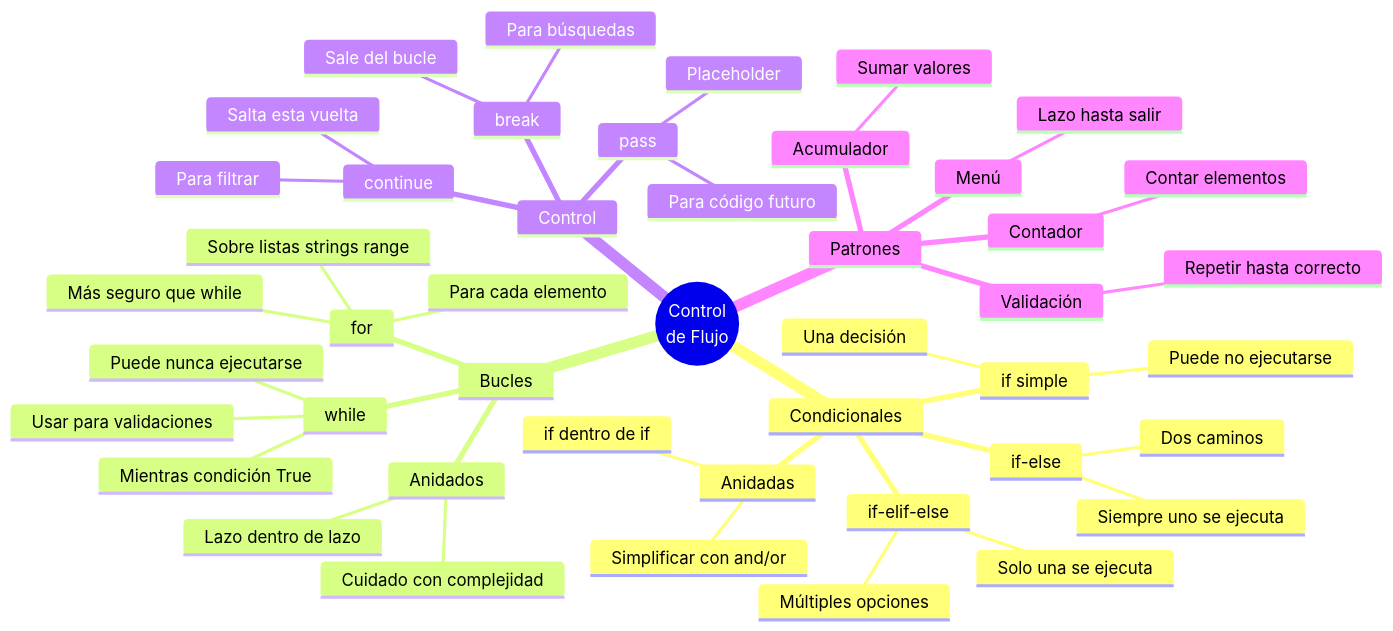
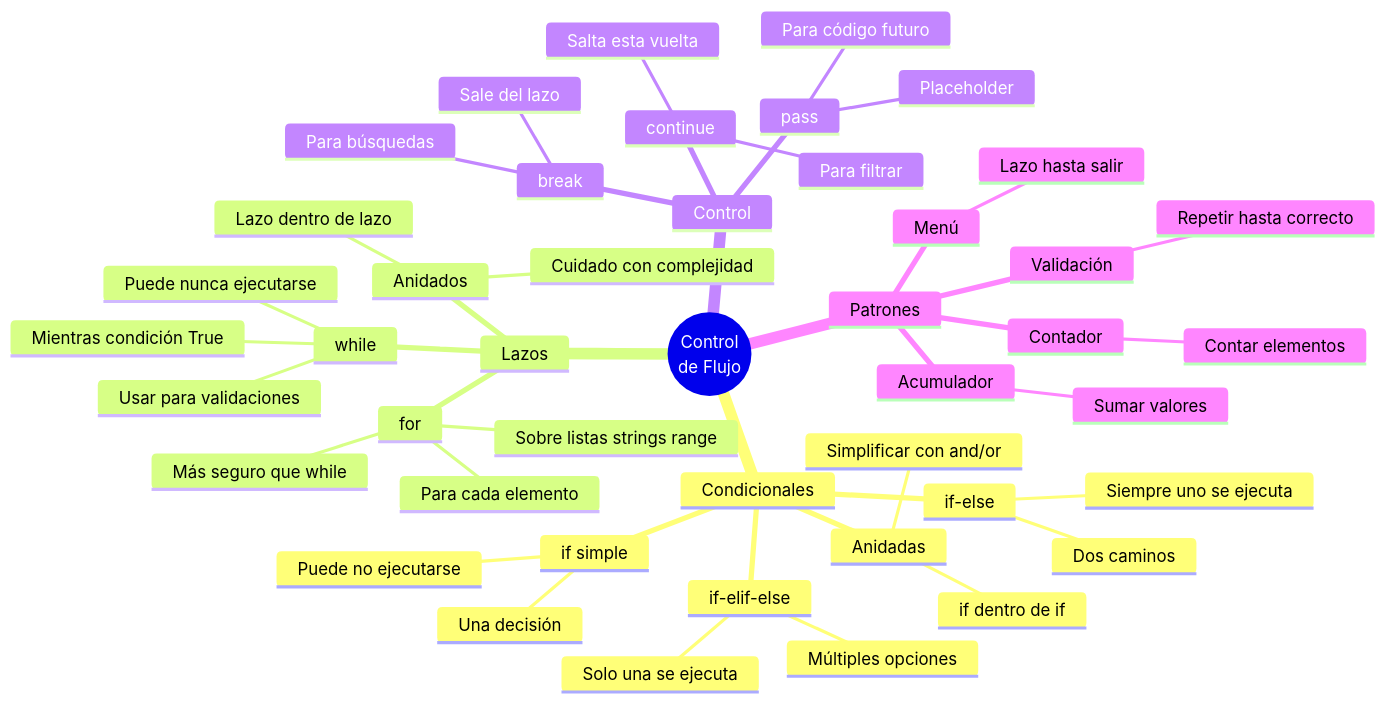
The ninth of 10 diagrams in 2_control_flujo.md (INGCOM-UNRN/apunte-ingreso), drawn with Mermaid before and after one commit. The commit also changed other lines of this file, not shown here.

````diff
--- a/2_control_flujo.md
+++ b/2_control_flujo.md
@@ -1918,48 +1918,48 @@
 ```{mermaid}
 mindmap
   root((Control<br/>de Flujo))
     Condicionales
       if simple
         Una decisión
         Puede no ejecutarse
       if-else
         Dos caminos
         Siempre uno se ejecuta
       if-elif-else
         Múltiples opciones
         Solo una se ejecuta
       Anidadas
         if dentro de if
         Simplificar con and/or
-    Bucles
+    Lazos
       while
         Mientras condición True
         Puede nunca ejecutarse
         Usar para validaciones
       for
         Para cada elemento
         Sobre listas strings range
         Más seguro que while
       Anidados
         Lazo dentro de lazo
         Cuidado con complejidad
     Control
       break
-        Sale del bucle
+        Sale del lazo
         Para búsquedas
       continue
         Salta esta vuelta
         Para filtrar
       pass
         Placeholder
         Para código futuro
     Patrones
       Acumulador
         Sumar valores
       Contador
         Contar elementos
       Validación
         Repetir hasta correcto
       Menú
         Lazo hasta salir
 ```
````
